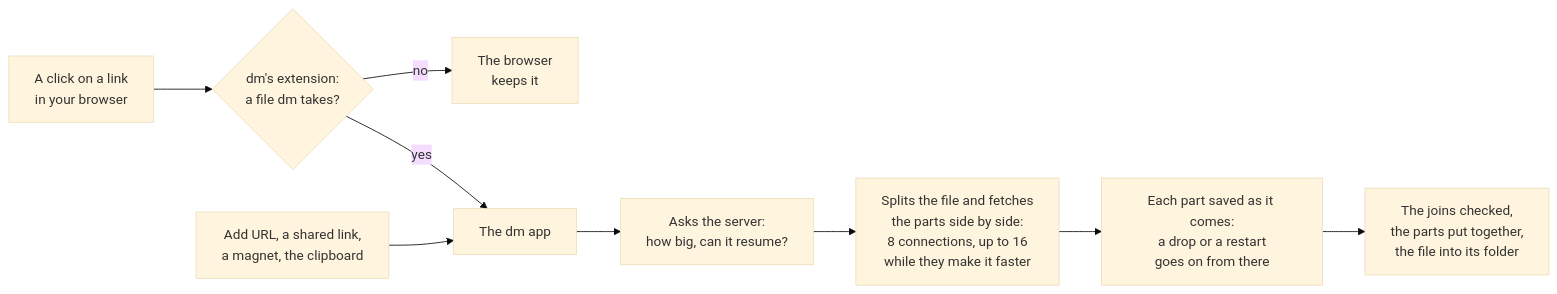
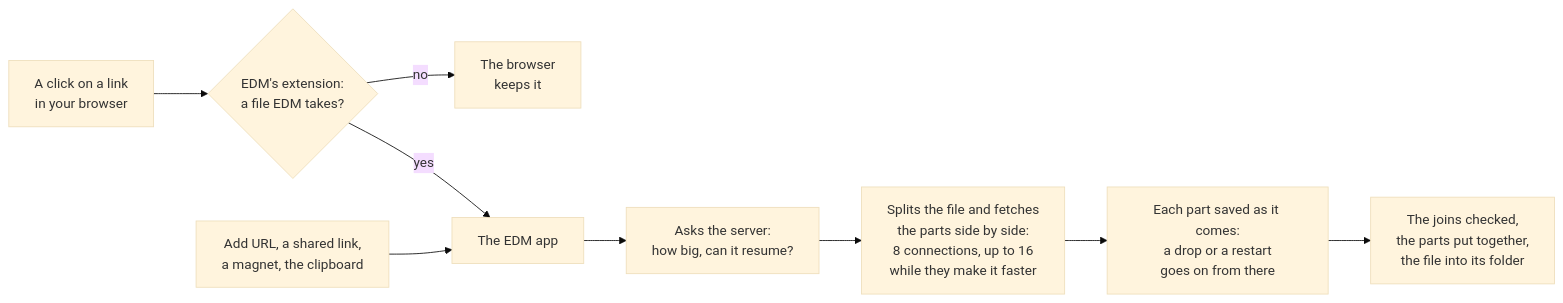
One commit to pranavo72bex/Easy-Download-Manager changed the diagram in README.md. Above: the diagram before and after it, drawn with Mermaid (base theme). The commit also changed other lines of this file and 2832 other files, not shown here.

````diff
--- a/README.md
+++ b/README.md
@@ -75,11 +75,11 @@
 ```mermaid
 flowchart LR
-    A["A click on a link<br/>in your browser"] --> B{"dm's extension:<br/>a file dm takes?"}
+    A["A click on a link<br/>in your browser"] --> B{"EDM's extension:<br/>a file EDM takes?"}
     B -- no --> K["The browser<br/>keeps it"]
-    B -- yes --> C["The dm app"]
+    B -- yes --> C["The EDM app"]
     P["Add URL, a shared link,<br/>a magnet, the clipboard"] --> C
     C --> D["Asks the server:<br/>how big, can it resume?"]
     D --> E["Splits the file and fetches<br/>the parts side by side:<br/>8 connections, up to 16<br/>while they make it faster"]
     E --> F["Each part saved as it comes:<br/>a drop or a restart<br/>goes on from there"]
     F --> G["The joins checked,<br/>the parts put together,<br/>the file into its folder"]
 ```
````
